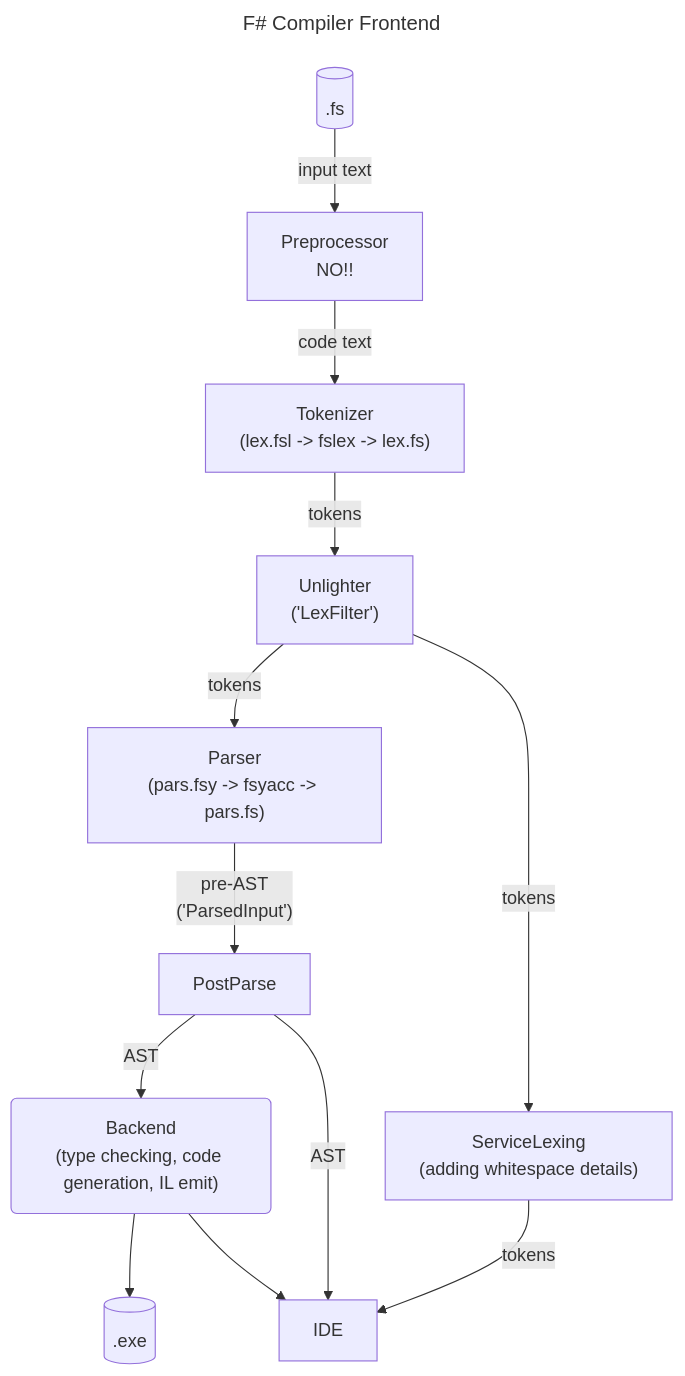
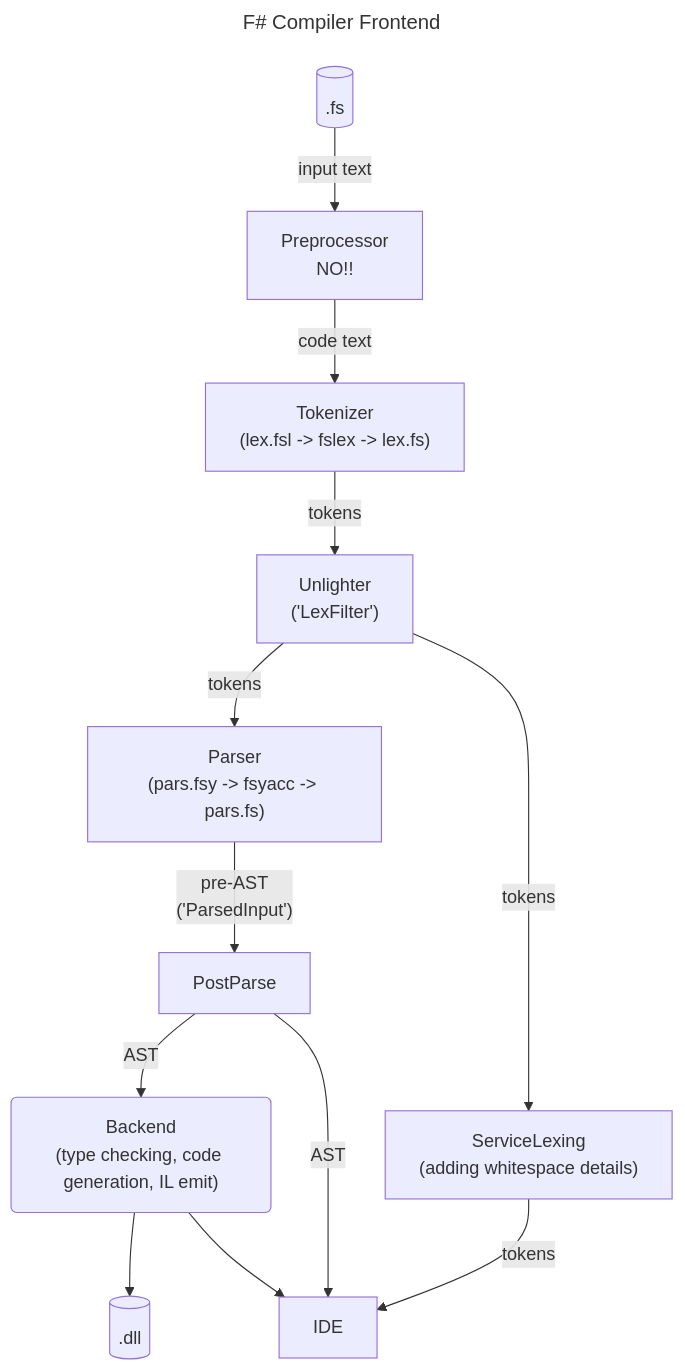
One commit to Martin521/Review2412 changed the diagram in CompilerFlowChart.md. Above: the diagram before and after it, drawn with Mermaid. The commit also changed 1 other file, not shown here.

Commit message:
small changes

````diff
--- a/CompilerFlowChart.md
+++ b/CompilerFlowChart.md
@@ -1,32 +1,32 @@
 ```mermaid
 ---
 title: F# Compiler Frontend
 ---
 graph TB
   A[(.fs)]
     -- input text --> 
   Pre["`Preprocessor
     NO!!`"]
     -- code text -->
   T["`Tokenizer
     (lex.fsl -> fslex -> lex.fs)`"]
     -- tokens -->
   U["`Unlighter
     ('LexFilter')`"]
     -- tokens -->
   P["`Parser
     (pars.fsy -> fsyacc -> pars.fs)`"]
     -- "`pre-AST
     ('ParsedInput')`" -->
   PostParse -- AST -->
   B("`Backend
     (type checking, code generation, IL emit)`")
-    --> E[(.exe)]
+    --> E[(.dll)]
   U -- tokens -->
   S["`ServiceLexing
     (adding whitespace details)`"]
     -- tokens -->
   IDE
   B --> IDE
   PostParse -- AST --> IDE
 ```
````
